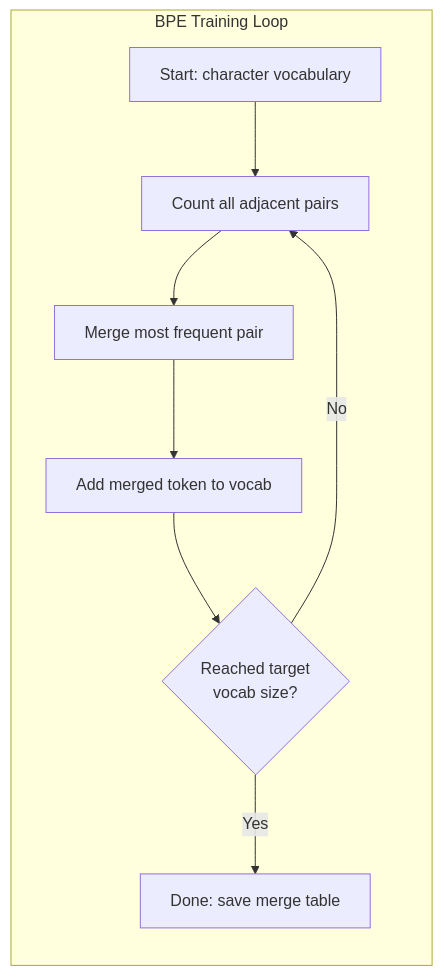
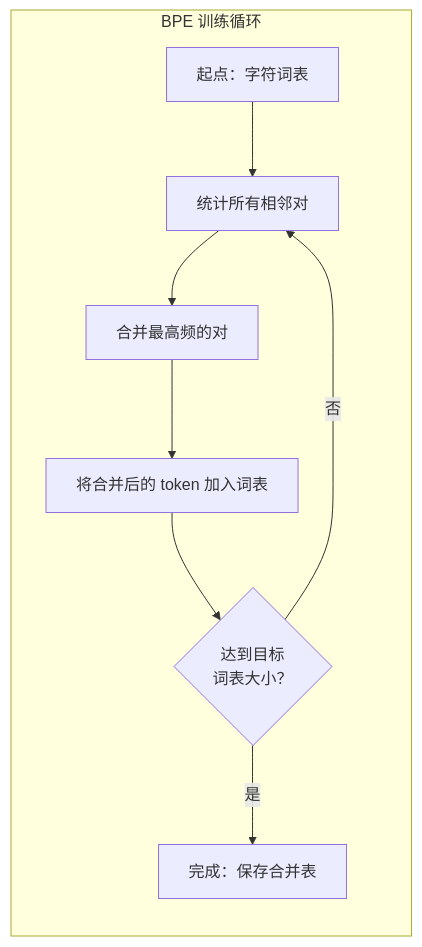
Before and after one commit to alessandrodinisio-ai/ai-engineering-learning-framework: the second of 3 diagrams in phases/10-llms-from-scratch/01-tokenizers/docs/zh.md, drawn with Mermaid. The commit also changed other lines of this file and 120 other files, not shown here.

First line of the commit message:
i18n(mermaid): 337 个 mermaid 图表标签中文化

````diff
--- a/phases/10-llms-from-scratch/01-tokenizers/docs/zh.md
+++ b/phases/10-llms-from-scratch/01-tokenizers/docs/zh.md
@@ -107,12 +107,12 @@
 ```mermaid
 graph LR
-    subgraph Training["BPE Training Loop"]
+    subgraph Training["BPE 训练循环"]
         direction TB
-        T1["Start: character vocabulary"] --> T2["Count all adjacent pairs"]
-        T2 --> T3["Merge most frequent pair"]
-        T3 --> T4["Add merged token to vocab"]
-        T4 --> T5{"Reached target\nvocab size?"}
-        T5 -->|No| T2
-        T5 -->|Yes| T6["Done: save merge table"]
+        T1["起点：字符词表"] --> T2["统计所有相邻对"]
+        T2 --> T3["合并最高频的对"]
+        T3 --> T4["将合并后的 token 加入词表"]
+        T4 --> T5{"达到目标\n词表大小？"}
+        T5 -->|否| T2
+        T5 -->|是| T6["完成：保存合并表"]
     end
 ```
````
